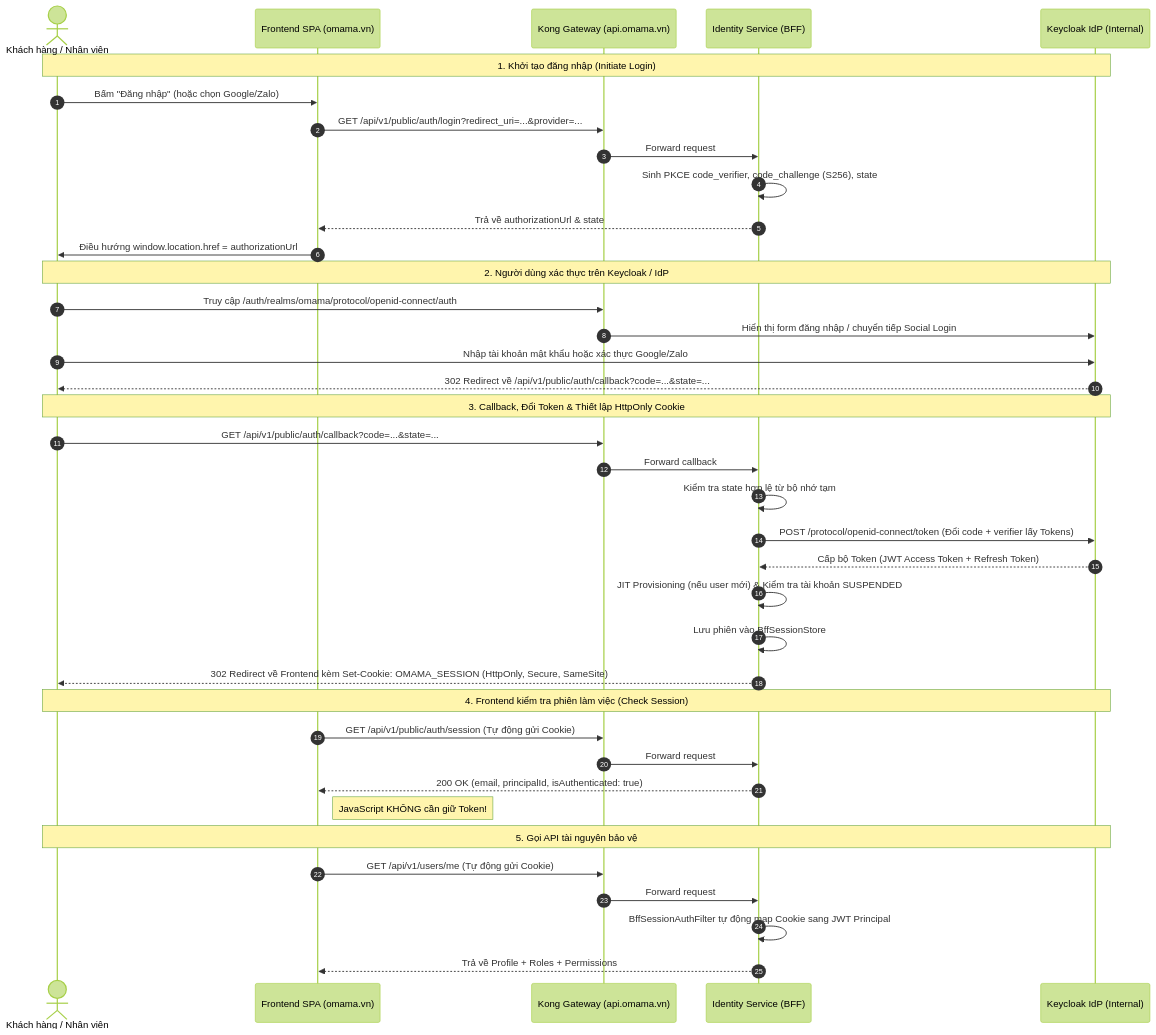
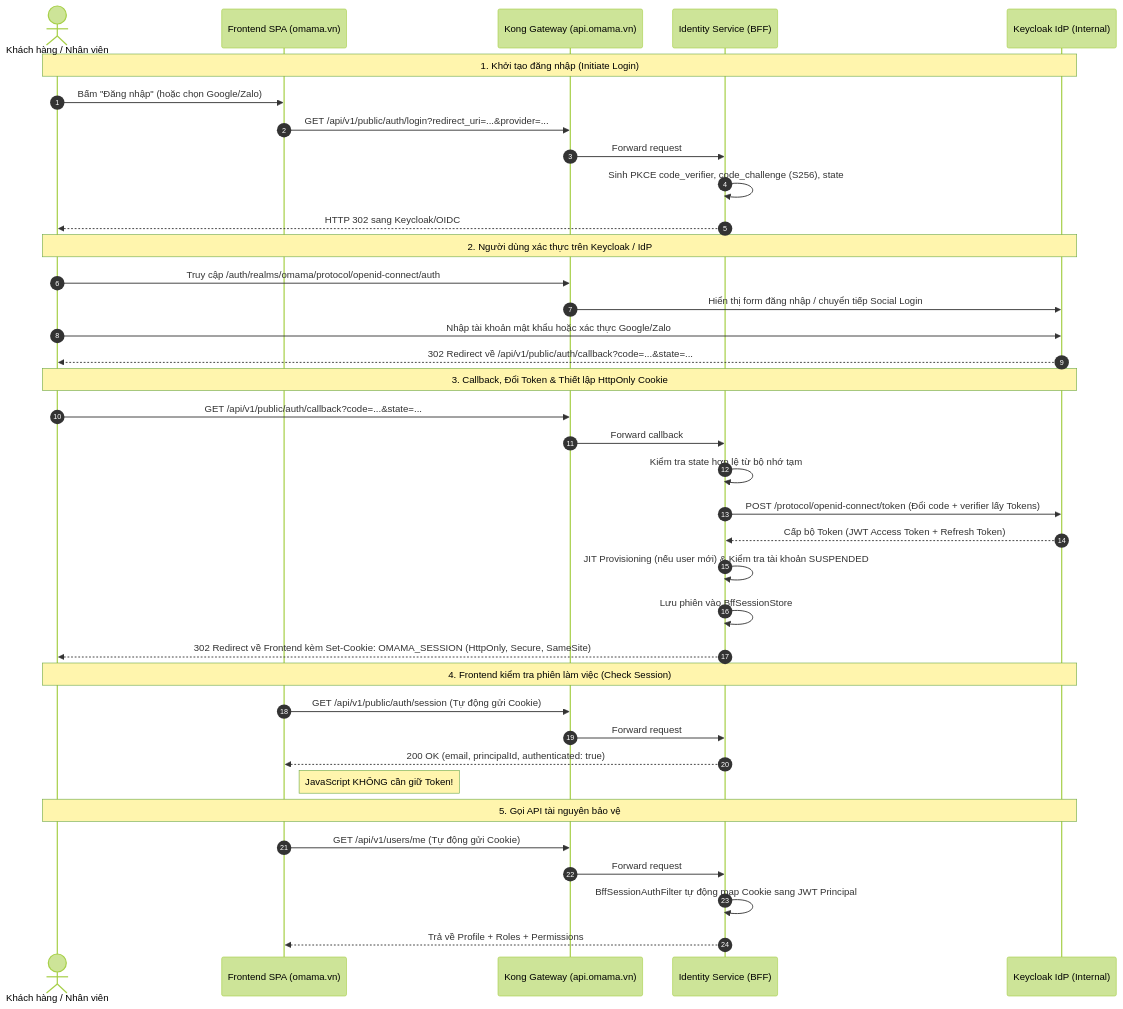
Before and after one commit to hvduong2k5/DUT.PBL6: the diagram in docs/03_api_specs/frontend-auth-contract.md, drawn with Mermaid (forest theme). The commit also changed other lines of this file and 895 other files, not shown here.

````diff
--- a/docs/03_api_specs/frontend-auth-contract.md
+++ b/docs/03_api_specs/frontend-auth-contract.md
@@ -40,45 +42,44 @@
 ```mermaid
 sequenceDiagram
     autonumber
     actor User as Khách hàng / Nhân viên
     participant FE as Frontend SPA (omama.vn)
     participant GW as Kong Gateway (api.omama.vn)
     participant BFF as Identity Service (BFF)
     participant KC as Keycloak IdP (Internal)
 
     Note over User,KC: 1. Khởi tạo đăng nhập (Initiate Login)
     User->>FE: Bấm "Đăng nhập" (hoặc chọn Google/Zalo)
     FE->>GW: GET /api/v1/public/auth/login?redirect_uri=...&provider=...
     GW->>BFF: Forward request
     BFF->>BFF: Sinh PKCE code_verifier, code_challenge (S256), state
-    BFF-->>FE: Trả về authorizationUrl & state
-    FE->>User: Điều hướng window.location.href = authorizationUrl
+    BFF-->>User: HTTP 302 sang Keycloak/OIDC
 
     Note over User,KC: 2. Người dùng xác thực trên Keycloak / IdP
     User->>GW: Truy cập /auth/realms/omama/protocol/openid-connect/auth
     GW->>KC: Hiển thị form đăng nhập / chuyển tiếp Social Login
     User->>KC: Nhập tài khoản mật khẩu hoặc xác thực Google/Zalo
     KC-->>User: 302 Redirect về /api/v1/public/auth/callback?code=...&state=...
 
     Note over User,KC: 3. Callback, Đổi Token & Thiết lập HttpOnly Cookie
     User->>GW: GET /api/v1/public/auth/callback?code=...&state=...
     GW->>BFF: Forward callback
     BFF->>BFF: Kiểm tra state hợp lệ từ bộ nhớ tạm
     BFF->>KC: POST /protocol/openid-connect/token (Đổi code + verifier lấy Tokens)
     KC-->>BFF: Cấp bộ Token (JWT Access Token + Refresh Token)
     BFF->>BFF: JIT Provisioning (nếu user mới) & Kiểm tra tài khoản SUSPENDED
     BFF->>BFF: Lưu phiên vào BffSessionStore
     BFF-->>User: 302 Redirect về Frontend kèm Set-Cookie: OMAMA_SESSION (HttpOnly, Secure, SameSite)
 
     Note over User,KC: 4. Frontend kiểm tra phiên làm việc (Check Session)
     FE->>GW: GET /api/v1/public/auth/session (Tự động gửi Cookie)
     GW->>BFF: Forward request
-    BFF-->>FE: 200 OK (email, principalId, isAuthenticated: true)
+    BFF-->>FE: 200 OK (email, principalId, authenticated: true)
     Note right of FE: JavaScript KHÔNG cần giữ Token!
 
     Note over User,KC: 5. Gọi API tài nguyên bảo vệ
     FE->>GW: GET /api/v1/users/me (Tự động gửi Cookie)
     GW->>BFF: Forward request
     BFF->>BFF: BffSessionAuthFilter tự động map Cookie sang JWT Principal
     BFF-->>FE: Trả về Profile + Roles + Permissions
 ```
````
